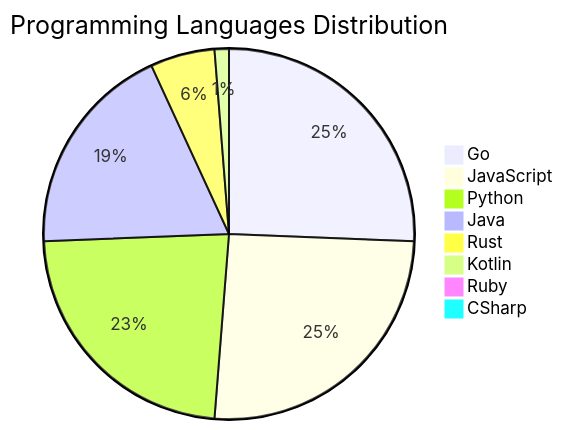
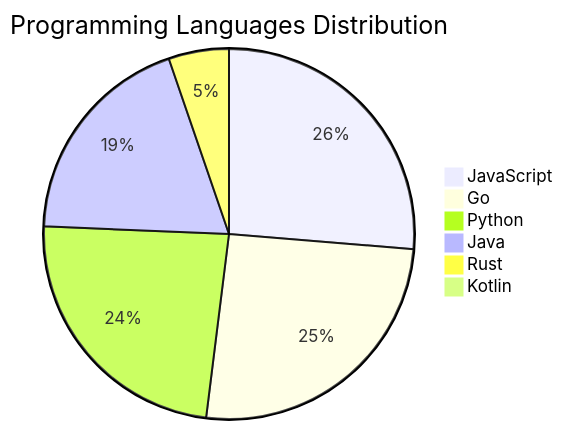
The diagram in README.md (Derrick-MUGISHA/github-activity-bot), drawn with Mermaid before and after one commit. The commit also changed other lines of this file and 4 other files, not shown here.

````diff
--- a/README.md
+++ b/README.md
@@ -209,11 +206,9 @@
 ```mermaid
 pie title Programming Languages Distribution
-    "Go" : 41
-    "JavaScript" : 41
-    "Python" : 37
-    "Java" : 30
-    "Rust" : 9
-    "Kotlin" : 2
-    "Ruby" : 1
-    "CSharp" : 1
+    "JavaScript" : 40
+    "Go" : 39
+    "Python" : 36
+    "Java" : 29
+    "Rust" : 8
+    "Kotlin" : 1
 ```
````
